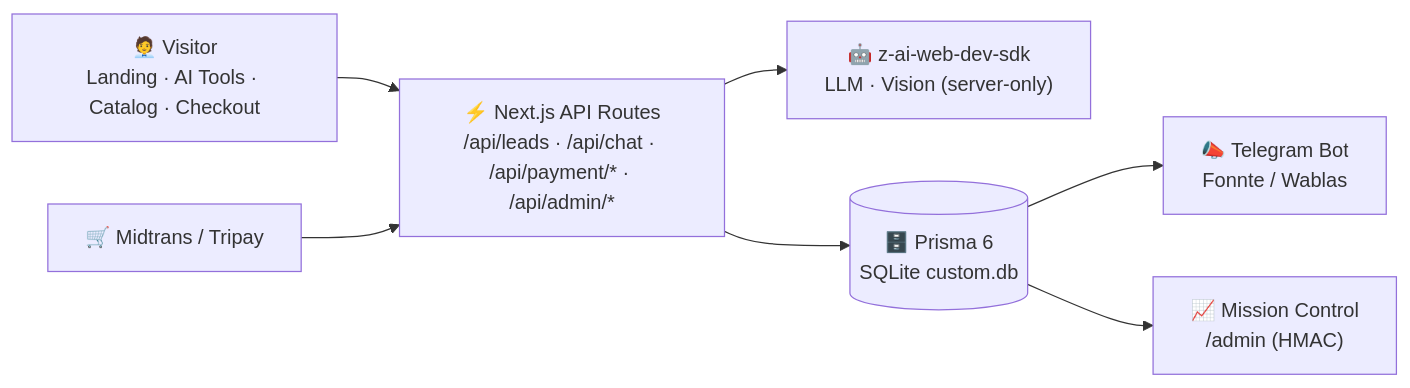
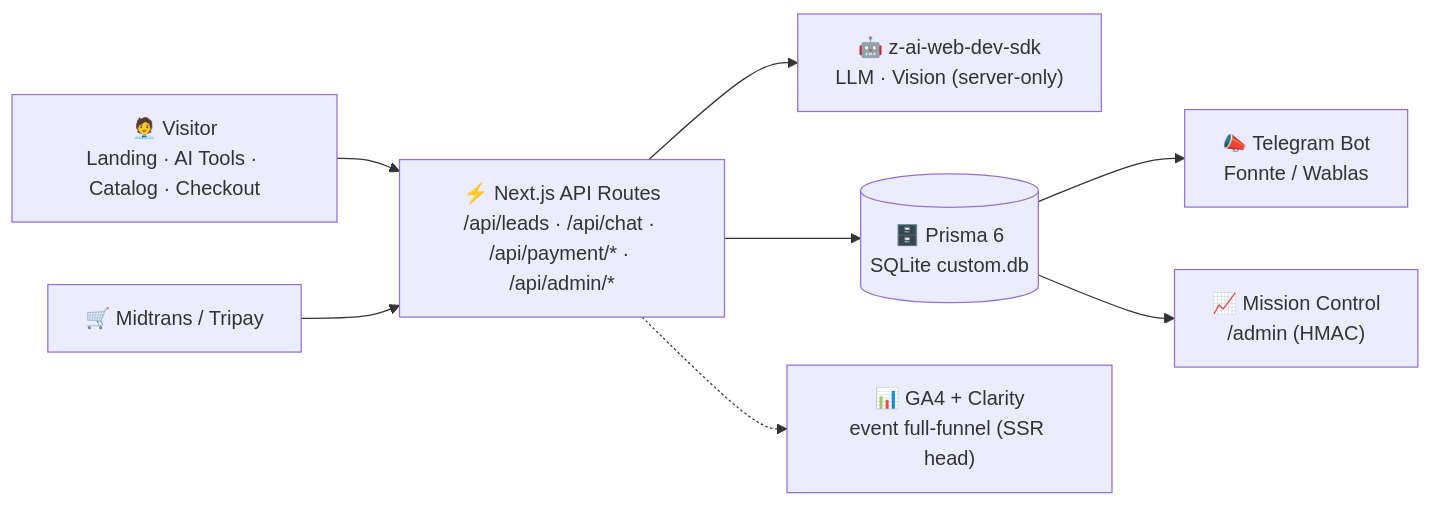
One commit to gunaracorp/pusatperizinan changed the fourth of 5 diagrams in README.md. Above: the diagram before and after it, drawn with Mermaid. The commit also changed other lines of this file and 5 other files, not shown here.

Commit message:
v1.13.4 'Dokumen Hidup II' (Task 34): README full refresh — GA4 full-funnel G-KMZRQJQXCB, 11.876 URL/15 seksi sitemap, 13 model Prisma, riwayat Task 1–34 + sinkron versi 5 titik (version.ts, package.json, CHANGELOG 33 rilis, ver.json, WORKLOG rename)

````diff
--- a/README.md
+++ b/README.md
@@ -985,9 +1070,10 @@
 ```mermaid
 flowchart LR
     A["🧑‍💼 Visitor<br/>Landing · AI Tools · Catalog · Checkout"] --> B["⚡ Next.js API Routes<br/>/api/leads · /api/chat · /api/payment/* · /api/admin/*"]
     B --> E["🤖 z-ai-web-dev-sdk<br/>LLM · Vision (server-only)"]
     B --> F[("🗄️ Prisma 6<br/>SQLite custom.db")]
     F --> G["📣 Telegram Bot<br/>Fonnte / Wablas"]
     C["🛒 Midtrans / Tripay"] --> B
     F --> H["📈 Mission Control<br/>/admin (HMAC)"]
+    B -.-> I["📊 GA4 + Clarity<br/>event full-funnel (SSR head)"]
 ```
````
